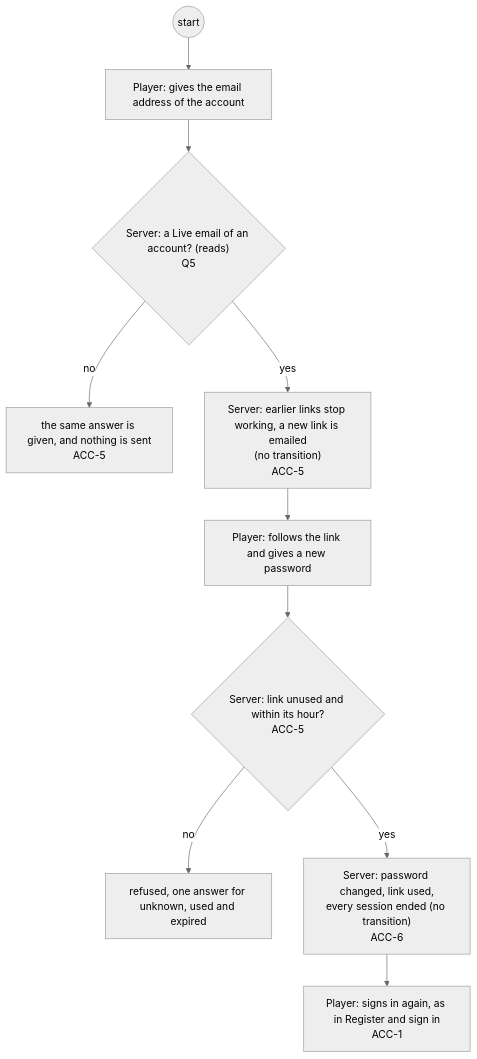
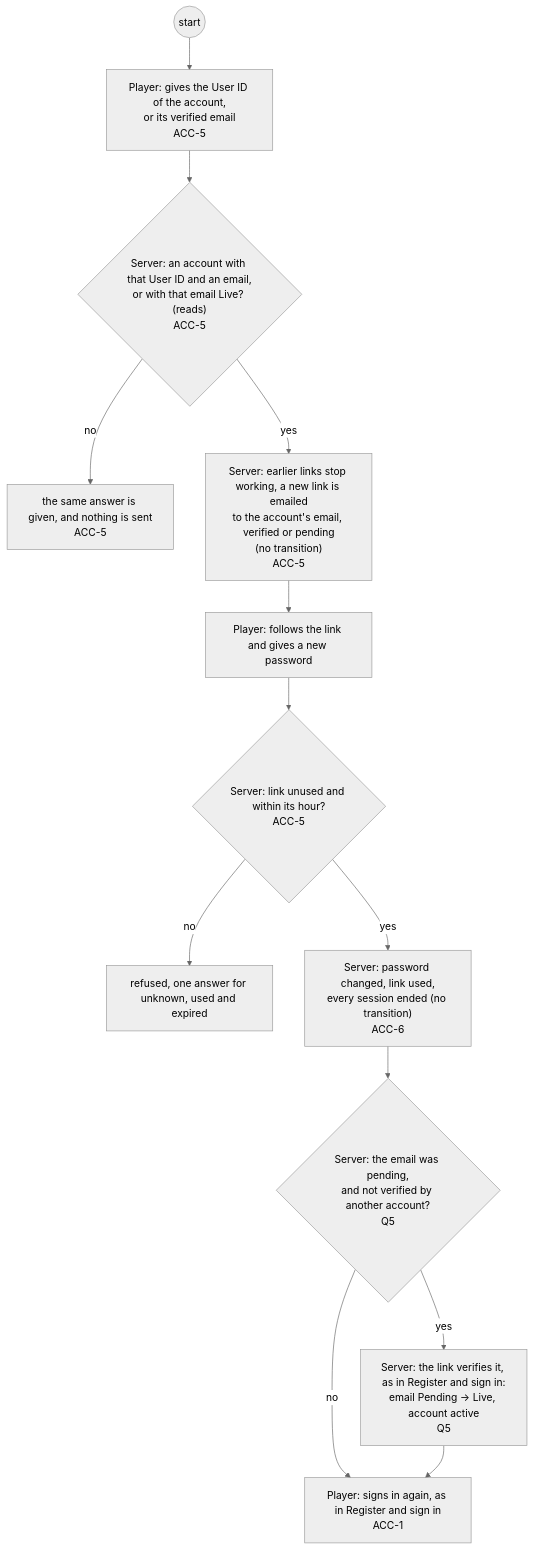
Before and after one commit to delphside/programme: the sixth of 29 diagrams in docs/changes/workstreams/application-game-architecture/71-one-game-model/71-functional.md, drawn with Mermaid (neutral theme). The commit also changed other lines of this file and 1 other file, not shown here.

First line of the commit message:
app 0.9.2 api 2.16: a pending email blocks nobody; first to verify keeps it

````diff
--- a/docs/changes/workstreams/application-game-architecture/71-one-game-model/71-functional.md
+++ b/docs/changes/workstreams/application-game-architecture/71-one-game-model/71-functional.md
@@ -157,12 +163,15 @@
 ```mermaid
 flowchart TD
-  s0((start)) --> p1["Player: gives the email address of the account"]
-  p1 --> v2{"Server: a Live email of an account? (reads)<br/>Q5"}
+  s0((start)) --> p1["Player: gives the User ID of the account,<br/>or its verified email<br/>ACC-5"]
+  p1 --> v2{"Server: an account with that User ID and an email,<br/>or with that email Live? (reads)<br/>ACC-5"}
   v2 -- no --> a1["the same answer is given, and nothing is sent<br/>ACC-5"]
-  v2 -- yes --> t1["Server: earlier links stop working, a new link is emailed<br/>(no transition)<br/>ACC-5"]
+  v2 -- yes --> t1["Server: earlier links stop working, a new link is emailed<br/>to the account's email, verified or pending<br/>(no transition)<br/>ACC-5"]
   t1 --> p2["Player: follows the link and gives a new password"]
   p2 --> v3{"Server: link unused and within its hour?<br/>ACC-5"}
   v3 -- no --> r2["refused, one answer for unknown, used and expired"]
   v3 -- yes --> t2["Server: password changed, link used,<br/>every session ended (no transition)<br/>ACC-6"]
-  t2 --> p3["Player: signs in again, as in Register and sign in<br/>ACC-1"]
+  t2 --> d3{"Server: the email was pending,<br/>and not verified by another account?<br/>Q5"}
+  d3 -- yes --> t3["Server: the link verifies it, as in Register and sign in:<br/>email Pending → Live, account active<br/>Q5"]
+  d3 -- no --> p3["Player: signs in again, as in Register and sign in<br/>ACC-1"]
+  t3 --> p3
 ```
````
